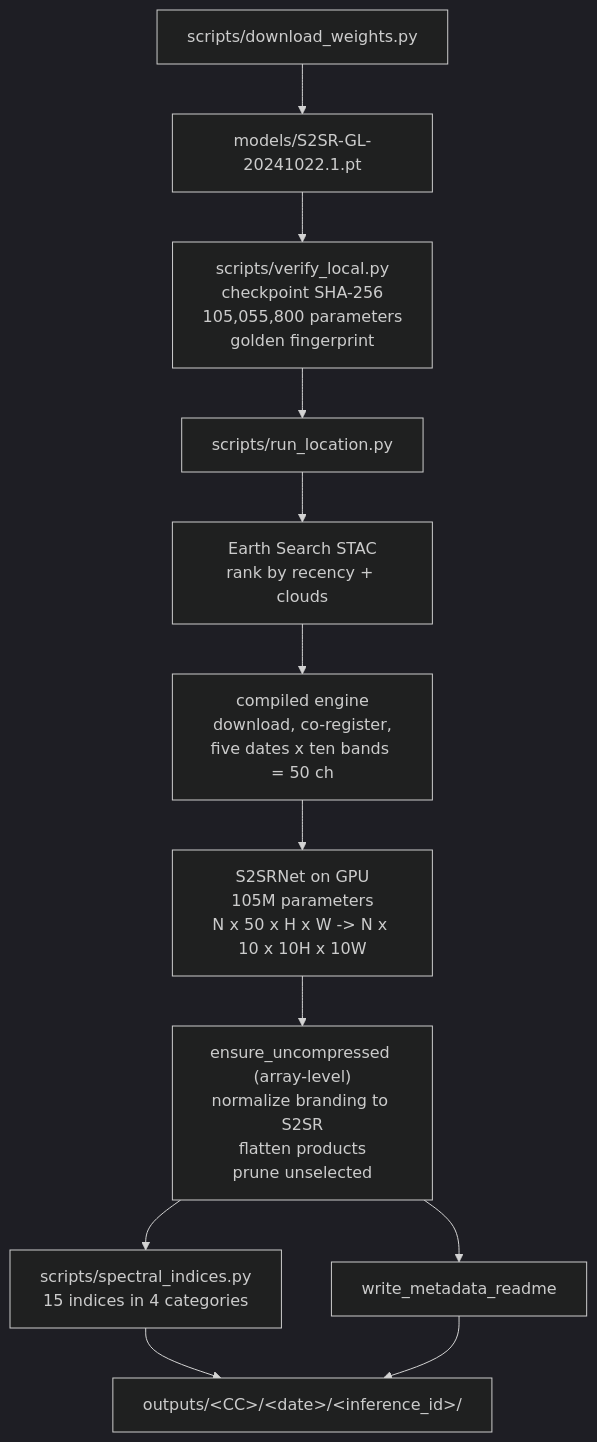
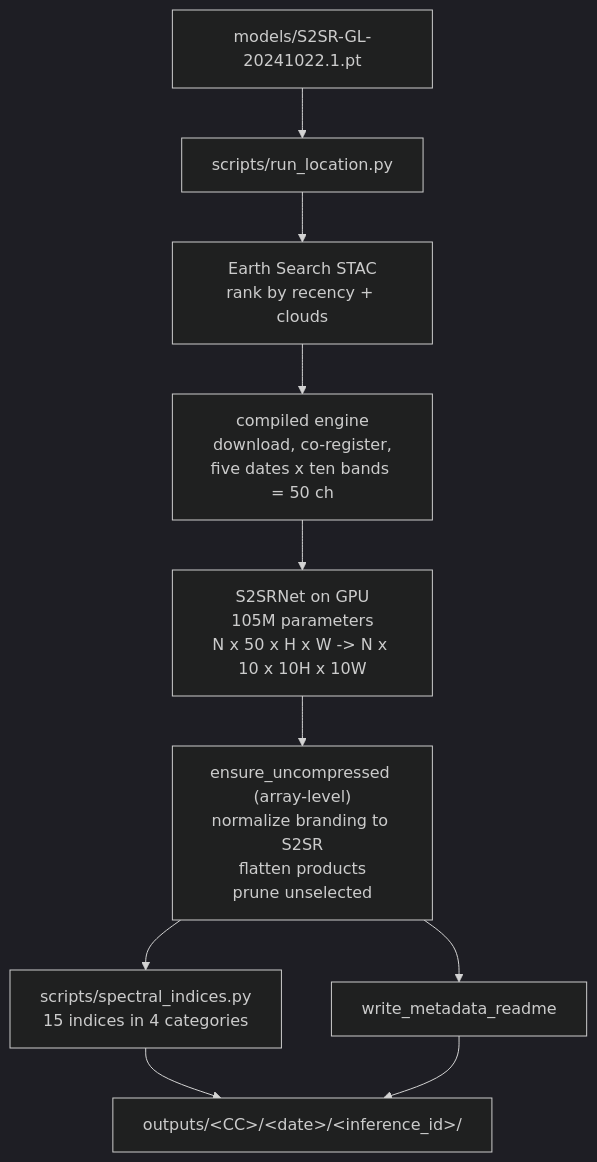
One commit to NeuralQ/neuralq-s2sr-core changed the first of 3 diagrams in README.md. Above: the diagram before and after it, drawn with Mermaid (dark theme). The commit also changed other lines of this file and 6 other files, not shown here.

Commit message:
Remove standalone utility scripts (download_weights, verify_local, analyze_model, catalog_outputs, mosaic_status) and update README

````diff
--- a/README.md
+++ b/README.md
@@ -62,14 +58,12 @@
 ```mermaid
 flowchart TD
-    DL["scripts/download_weights.py"] --> CKPT["models/S2SR-GL-20241022.1.pt"]
-    CKPT --> VF["scripts/verify_local.py<br/>checkpoint SHA-256<br/>105,055,800 parameters<br/>golden fingerprint"]
-    VF --> RL["scripts/run_location.py"]
+    CKPT["models/S2SR-GL-20241022.1.pt"] --> RL["scripts/run_location.py"]
     RL --> STAC["Earth Search STAC<br/>rank by recency + clouds"]
     STAC --> VEN["compiled engine<br/>download, co-register,<br/>five dates x ten bands = 50 ch"]
     VEN --> INF["S2SRNet on GPU<br/>105M parameters<br/>N x 50 x H x W -> N x 10 x 10H x 10W"]
     INF --> POST["ensure_uncompressed (array-level)<br/>normalize branding to S2SR<br/>flatten products<br/>prune unselected"]
     POST --> IDX["scripts/spectral_indices.py<br/>15 indices in 4 categories"]
     POST --> META["write_metadata_readme"]
     IDX --> OUT["outputs/&lt;CC&gt;/&lt;date&gt;/&lt;inference_id&gt;/"]
     META --> OUT
 ```
````
